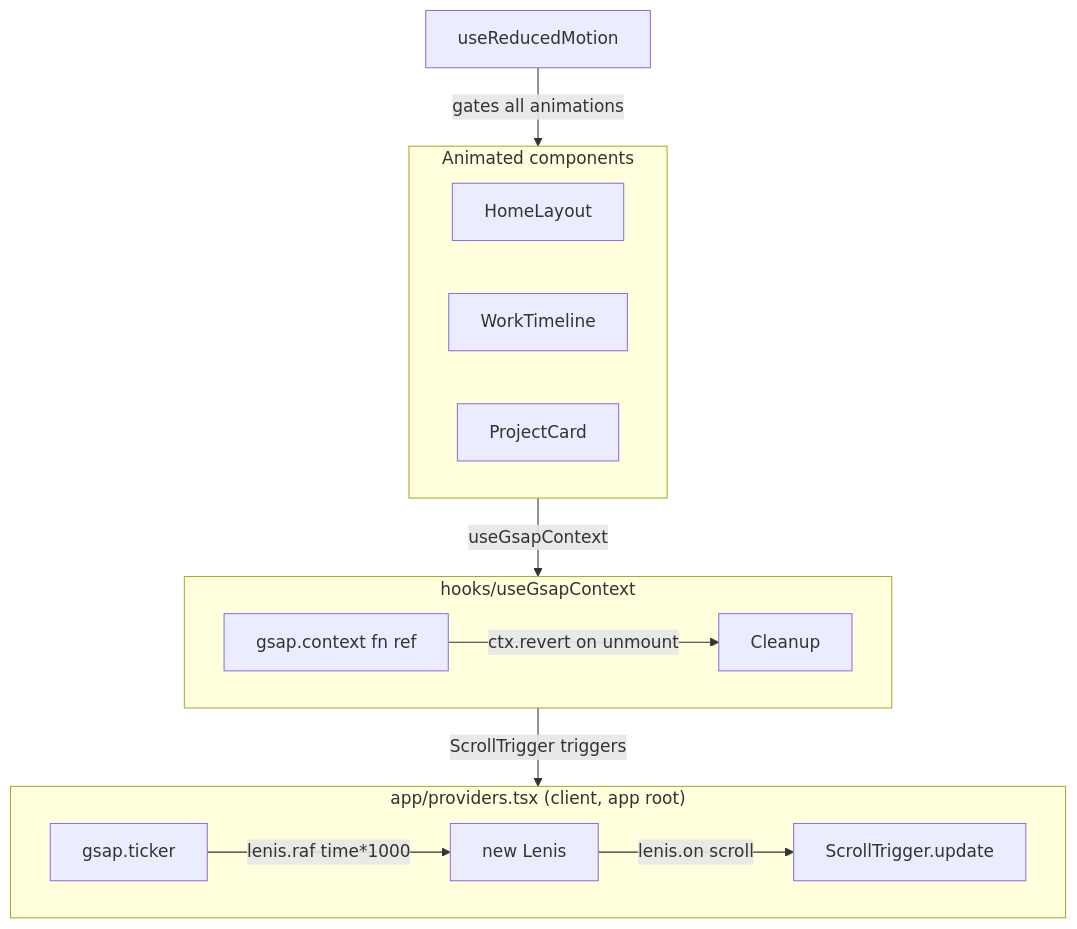
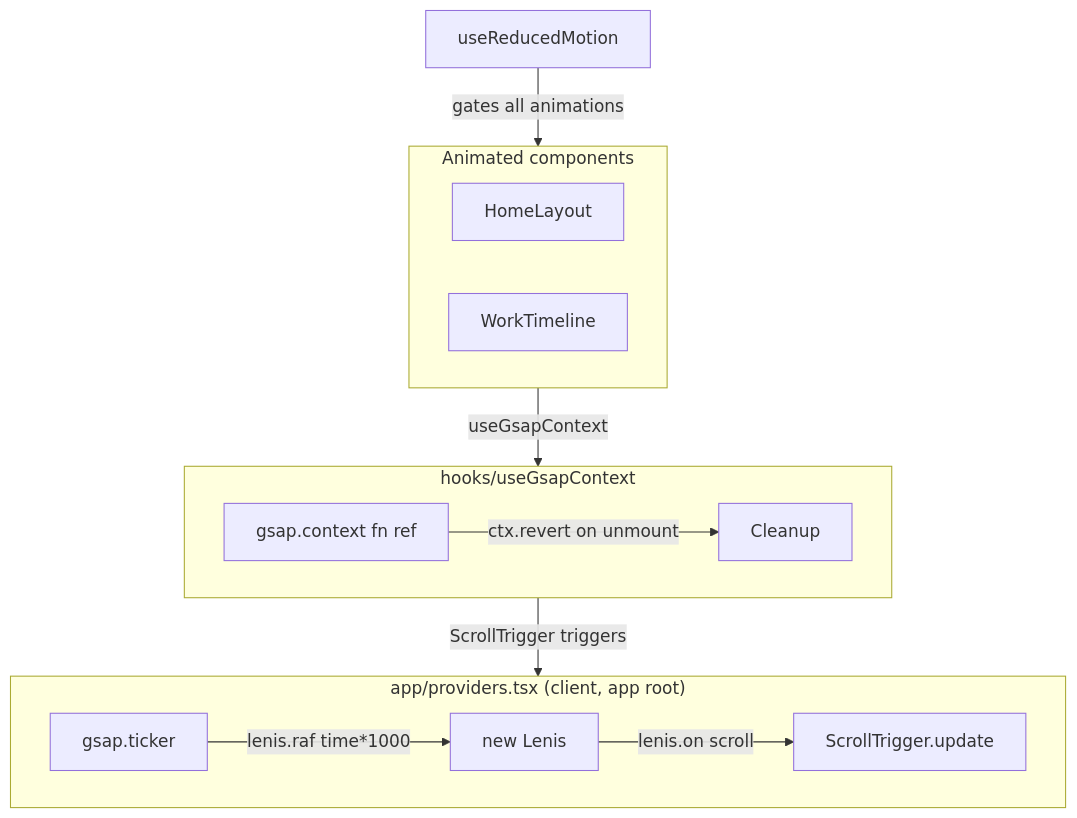
The third of 3 diagrams in README.md (LuigiEspinosa/cuatro-portfolio), drawn with Mermaid before and after one commit. The commit also changed 31 other files, not shown here.

````diff
--- a/README.md
+++ b/README.md
@@ -99,24 +99,23 @@
 ```mermaid
 flowchart TD
     subgraph providers["app/providers.tsx (client, app root)"]
         L[new Lenis]
         T[gsap.ticker]
         L -->|lenis.on scroll| ST[ScrollTrigger.update]
         T -->|lenis.raf time*1000| L
     end
 
     subgraph hook["hooks/useGsapContext"]
         CTX[gsap.context fn ref]
         CTX -->|ctx.revert on unmount| CLEAN[Cleanup]
     end
 
     subgraph components["Animated components"]
         HL[HomeLayout]
         WT[WorkTimeline]
-        PC[ProjectCard]
     end
 
     RM[useReducedMotion] -->|gates all animations| components
     components -->|useGsapContext| hook
     hook -->|ScrollTrigger triggers| providers
 ```
````
